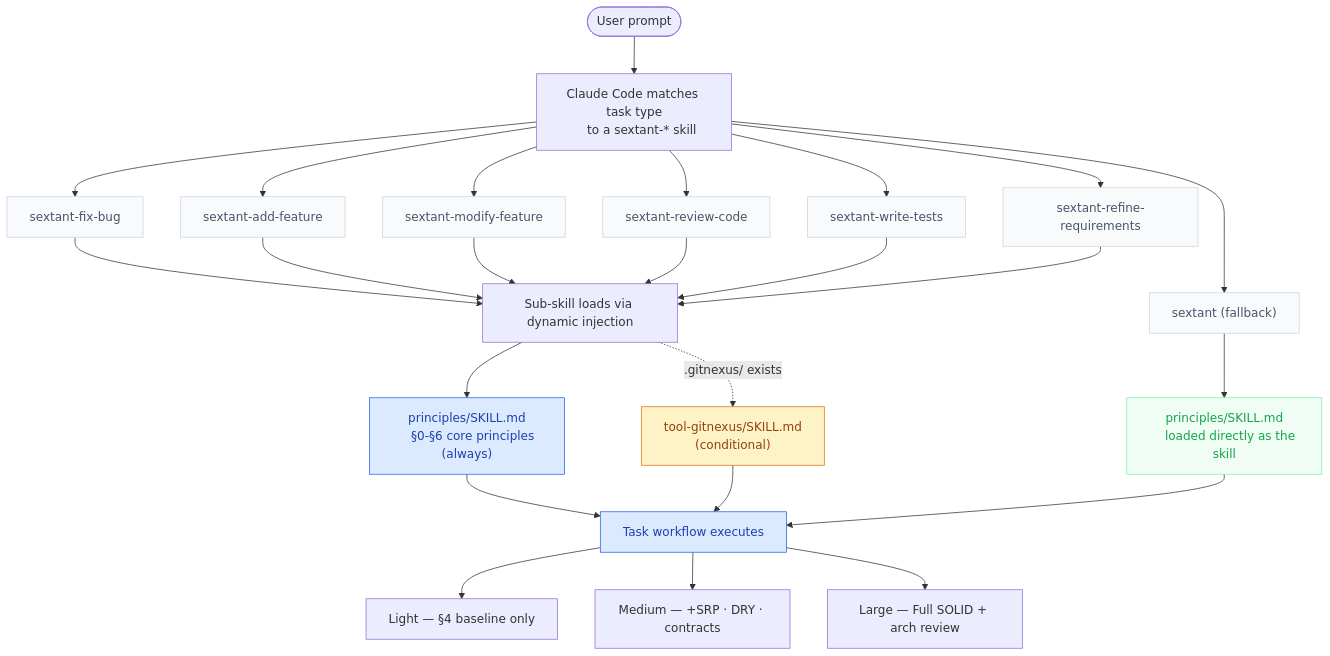
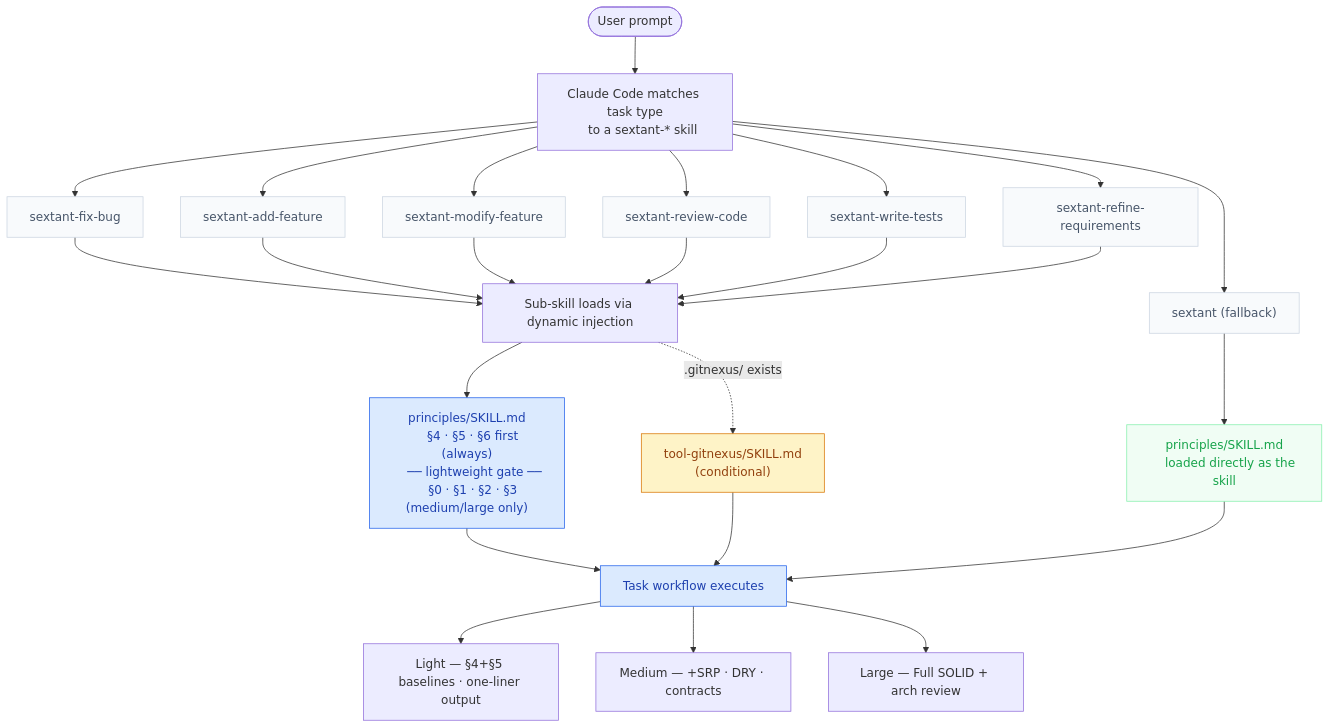
The diagram in README.md (hellotern/Sextant), drawn with Mermaid before and after one commit. The commit also changed other lines of this file and 5 other files, not shown here.

````diff
--- a/README.md
+++ b/README.md
@@ -60,40 +60,42 @@
 ```mermaid
 flowchart TD
     A(["User prompt"]) --> B
 
     B["Claude Code matches task type
     to a sextant-* skill"]
     B --> R1["sextant-fix-bug"]
     B --> R2["sextant-add-feature"]
     B --> R3["sextant-modify-feature"]
     B --> R4["sextant-review-code"]
     B --> R5["sextant-write-tests"]
     B --> R6["sextant-refine-requirements"]
     B --> R7["sextant (fallback)"]
 
     R1 & R2 & R3 & R4 & R5 & R6 --> C
     R7 --> F["principles/SKILL.md
     loaded directly as the skill"]
 
     C["Sub-skill loads via dynamic injection"]
     C --> P["principles/SKILL.md
-    §0-§6 core principles (always)"]
+    §4 · §5 · §6 first (always)
+    ── lightweight gate ──
+    §0 · §1 · §2 · §3 (medium/large only)"]
     C -.->|.gitnexus/ exists| GN["tool-gitnexus/SKILL.md
     (conditional)"]
     P & GN --> D["Task workflow executes"]
     F --> D
 
-    D --> S1["Light — §4 baseline only"]
+    D --> S1["Light — §4+§5 baselines · one-liner output"]
     D --> S2["Medium — +SRP · DRY · contracts"]
     D --> S3["Large — Full SOLID + arch review"]
 
     classDef skill       fill:#f8fafc,stroke:#cbd5e1,color:#475569
     classDef inject      fill:#dbeafe,stroke:#2563eb,color:#1e40af
     classDef conditional fill:#fef3c7,stroke:#d97706,color:#92400e
     classDef fallback    fill:#f0fdf4,stroke:#86efac,color:#16a34a
 
     class R1,R2,R3,R4,R5,R6,R7 skill
     class P,D inject
     class GN conditional
     class F fallback
 ```
````
